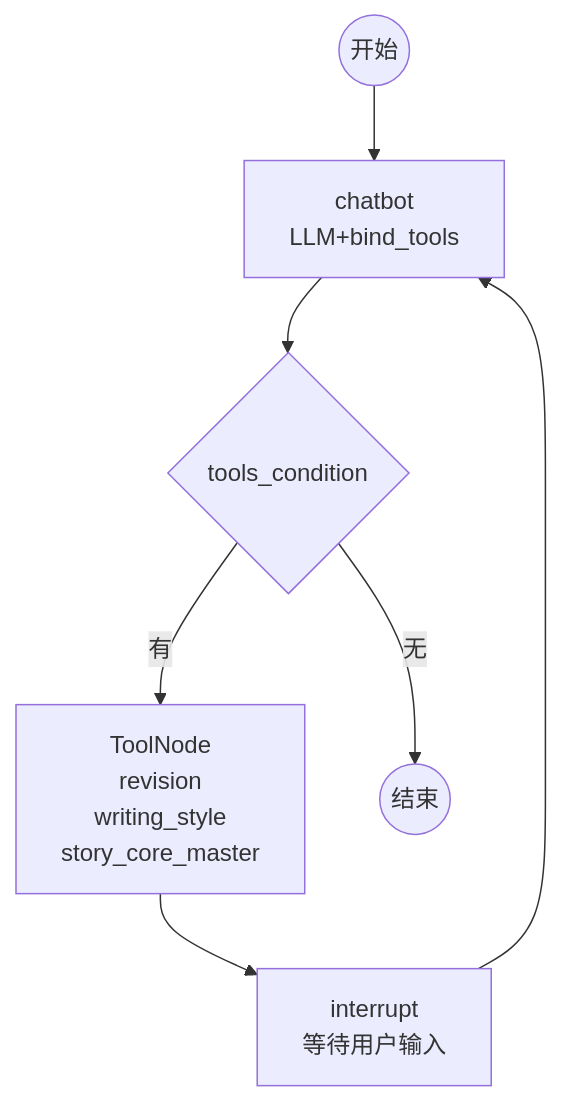
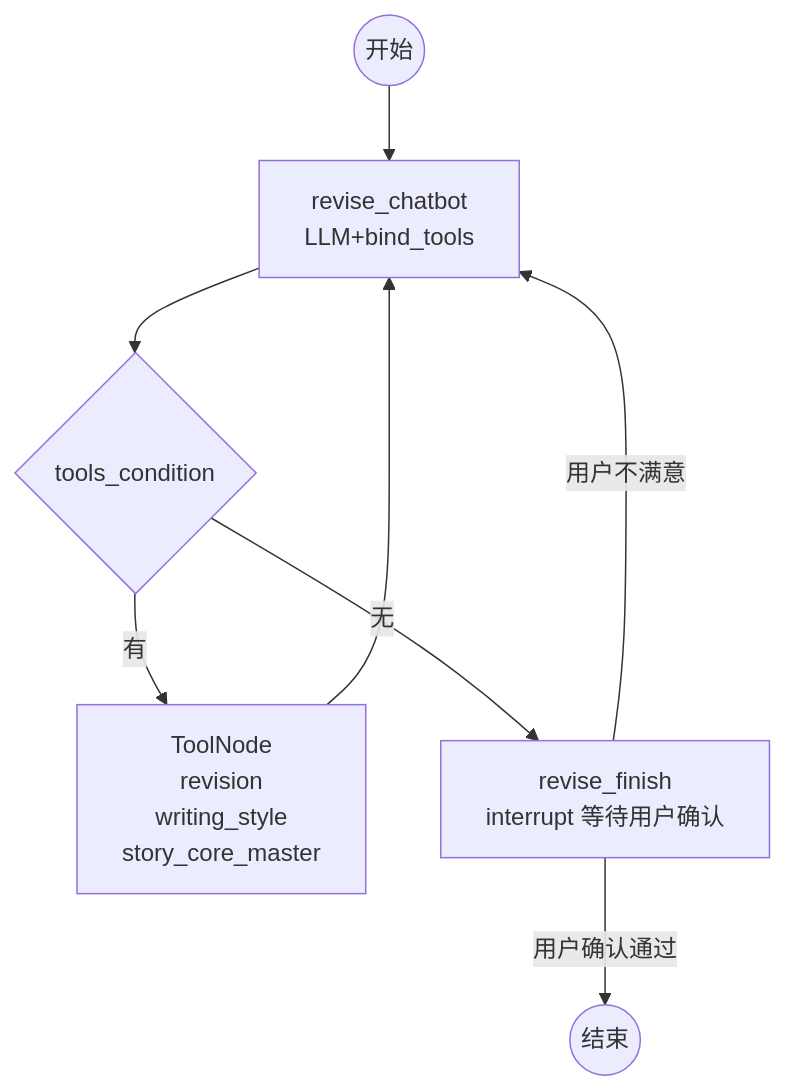
One commit to 30998772/novelist changed the diagram in langgraph-writer/docs/subgraph_修改.mmd. Above: the diagram before and after it, drawn with Mermaid. The commit also changed 30 other files, not shown here.

```diff
--- a/langgraph-writer/docs/subgraph_修改.mmd
+++ b/langgraph-writer/docs/subgraph_修改.mmd
@@ -1,7 +1,8 @@
 graph TB
-    START((开始)) --> CHATBOT["chatbot<br/>LLM+bind_tools"]
+    START((开始)) --> CHATBOT["revise_chatbot<br/>LLM+bind_tools"]
     CHATBOT --> TC{"tools_condition"}
     TC -- "有" --> TOOLS["ToolNode<br/>revision<br/>writing_style<br/>story_core_master"]
-    TC -- "无" --> END((结束))
-    TOOLS --> INTERRUPT["interrupt<br/>等待用户输入"]
-    INTERRUPT --> CHATBOT
+    TC -- "无" --> FINISH["revise_finish<br/>interrupt 等待用户确认"]
+    TOOLS --> CHATBOT
+    FINISH -- "用户确认通过" --> END((结束))
+    FINISH -- "用户不满意" --> CHATBOT
```
